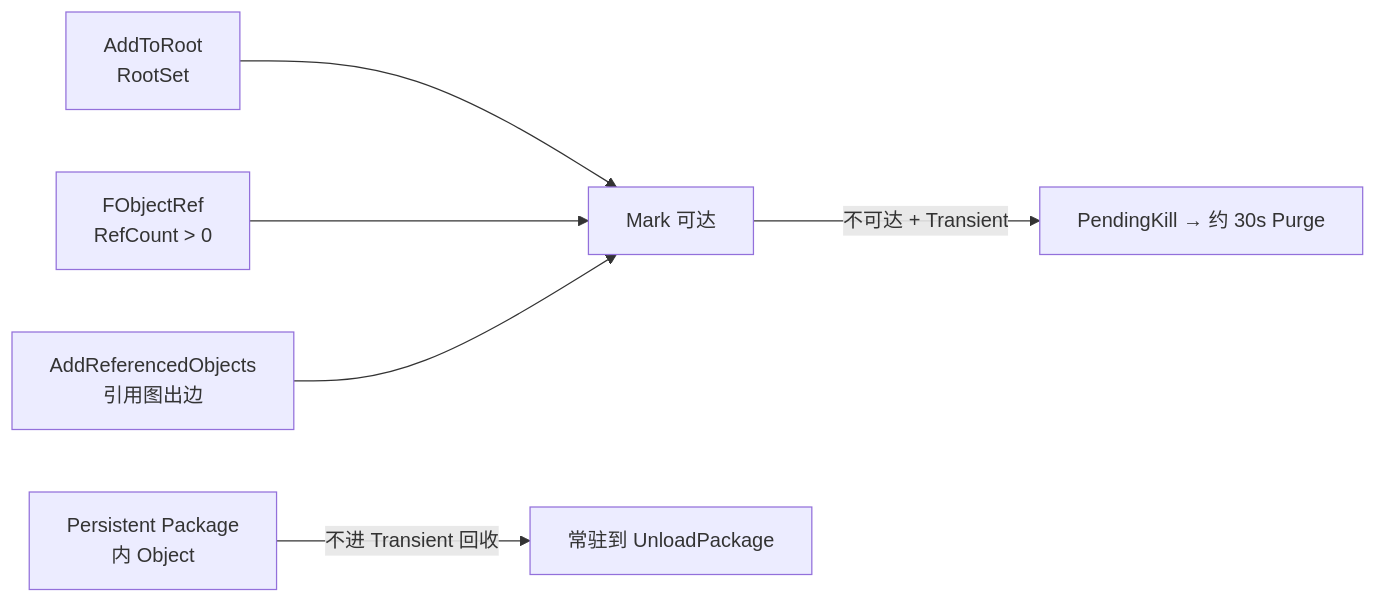
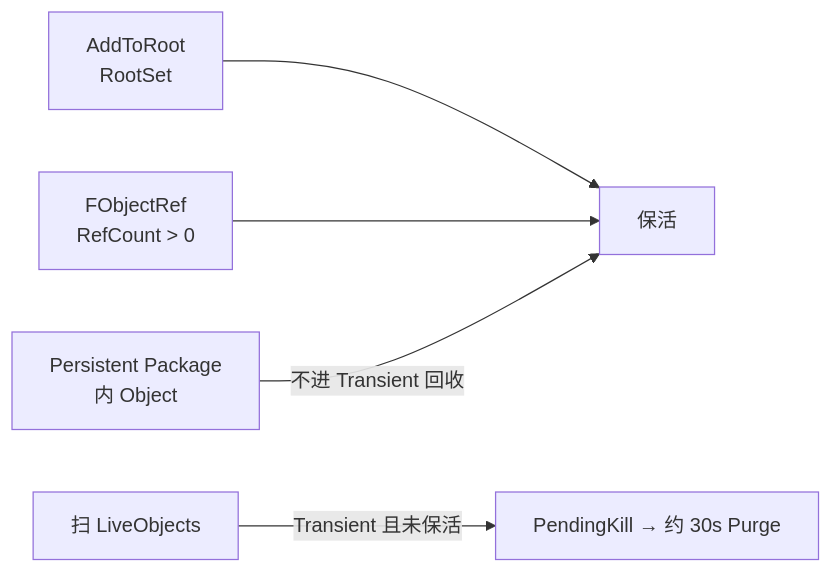
Before and after one commit to InputWindy/Catty: the third of 3 diagrams in Doc/Engine/引擎架构设计.md, drawn with Mermaid. The commit also changed other lines of this file and 15 other files, not shown here.

First line of the commit message:
refactor(catty): 统一 FObjectRef，清理 Package/GC 生命周期 [AI-assisted]

````diff
--- a/Doc/Engine/引擎架构设计.md
+++ b/Doc/Engine/引擎架构设计.md
@@ -103,8 +103,7 @@
 ```mermaid
 flowchart LR
-  Root["AddToRoot\nRootSet"] --> Mark["Mark 可达"]
-  Ref["FObjectRef\nRefCount &gt; 0"] --> Mark
-  Graph["AddReferencedObjects\n引用图出边"] --> Mark
-  Persist["Persistent Package\n内 Object"] -->|"不进 Transient 回收"| Keep["常驻到 UnloadPackage"]
-  Mark -->|"不可达 + Transient"| Pending["PendingKill → 约 30s Purge"]
+  Root["AddToRoot\nRootSet"] --> Keep["保活"]
+  Ref["FObjectRef\nRefCount &gt; 0"] --> Keep
+  Persist["Persistent Package\n内 Object"] -->|"不进 Transient 回收"| Keep
+  Scan["扫 LiveObjects"] -->|"Transient 且未保活"| Pending["PendingKill → 约 30s Purge"]
 ```
````
